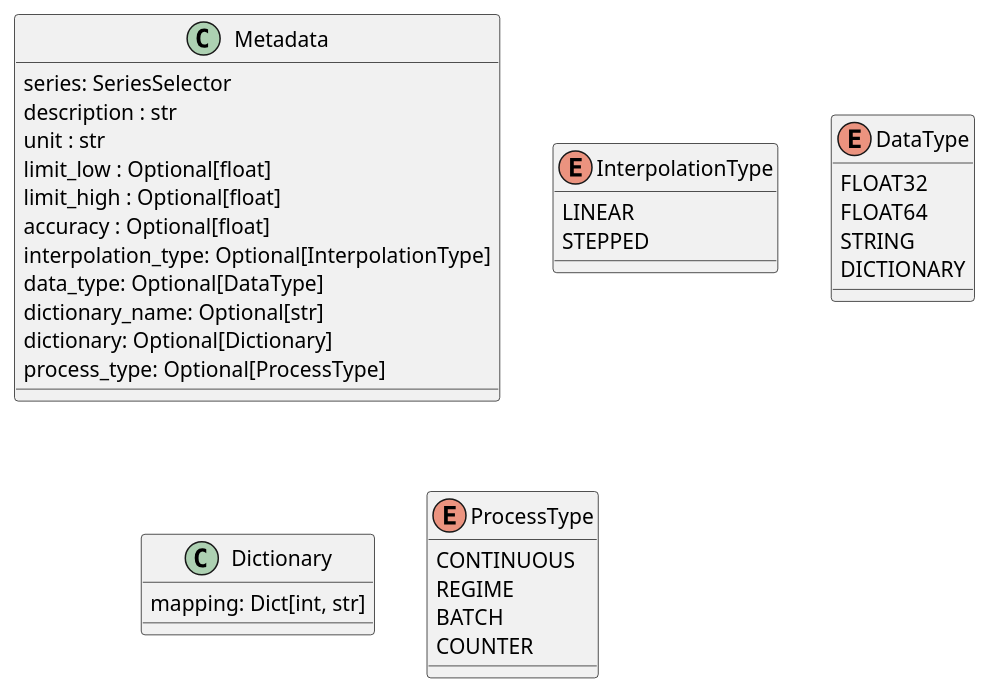
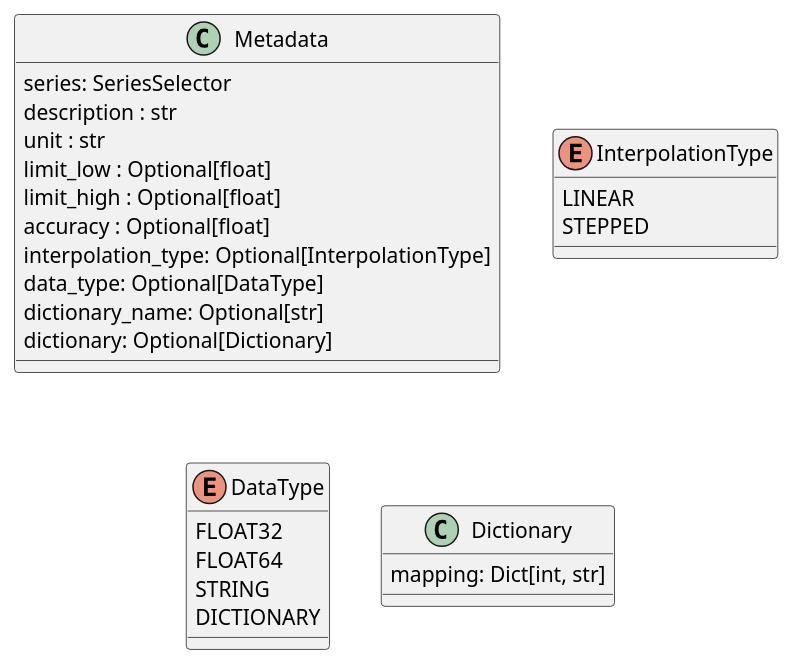
Before and after one commit to timeseer-ai/kukur: the second of 3 diagrams in docs/kukur.asciidoc, drawn with PlantUML. The commit also changed other lines of this file and 16 other files, not shown here.

```diff
--- a/docs/kukur.asciidoc
+++ b/docs/kukur.asciidoc
@@ -459,39 +460,31 @@
 [plantuml]
 ....
 class Metadata {
     series: SeriesSelector
     description : str
     unit : str
     limit_low : Optional[float]
     limit_high : Optional[float]
     accuracy : Optional[float]
     interpolation_type: Optional[InterpolationType]
     data_type: Optional[DataType]
     dictionary_name: Optional[str]
     dictionary: Optional[Dictionary]
-    process_type: Optional[ProcessType]
 }
 
 enum InterpolationType {
     LINEAR
     STEPPED
 }
 
 enum DataType {
     FLOAT32
     FLOAT64
     STRING
     DICTIONARY
 }
 
 class Dictionary {
     mapping: Dict[int, str]
 }
-
-enum ProcessType {
-    CONTINUOUS
-    REGIME
-    BATCH
-    COUNTER
-}
 ....
```
